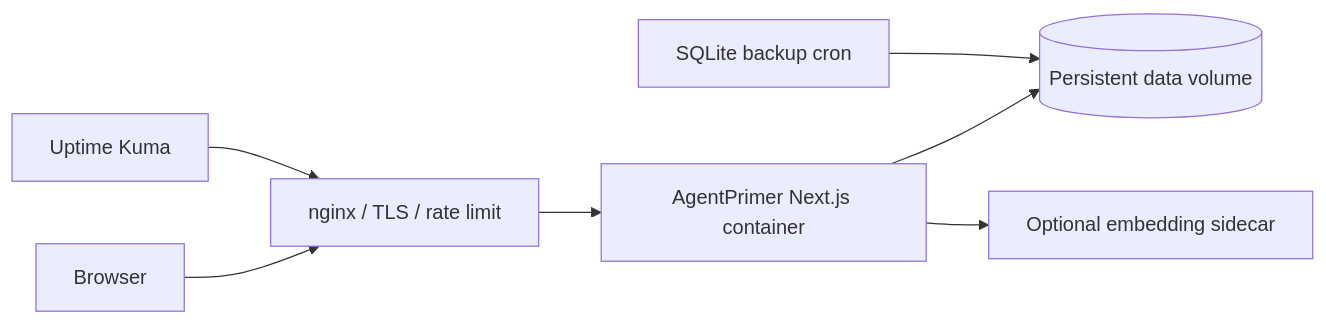
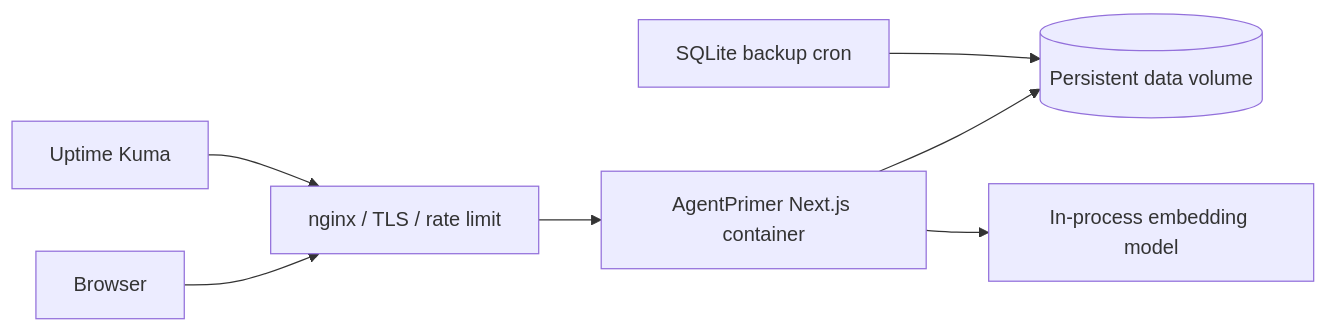
One commit to Wilson-Cheng/AgentPrimer changed the diagram in docs/12-deployment-production.md. Above: the diagram before and after it, drawn with Mermaid. The commit also changed other lines of this file and 27 other files, not shown here.

First line of the commit message:
refactor(rag): replace Python embedding sidecar with in-process Node embedder

````diff
--- a/docs/12-deployment-production.md
+++ b/docs/12-deployment-production.md
@@ -24,9 +24,9 @@
 ```mermaid
 flowchart LR
     User[Browser] --> Nginx[nginx / TLS / rate limit]
     Nginx --> App[AgentPrimer Next.js container]
     App --> Data[(Persistent data volume)]
-    App --> Embed[Optional embedding sidecar]
+    App --> Embed[In-process embedding model]
     Backup[SQLite backup cron] --> Data
     Monitor[Uptime Kuma] --> Nginx
 ```
````
